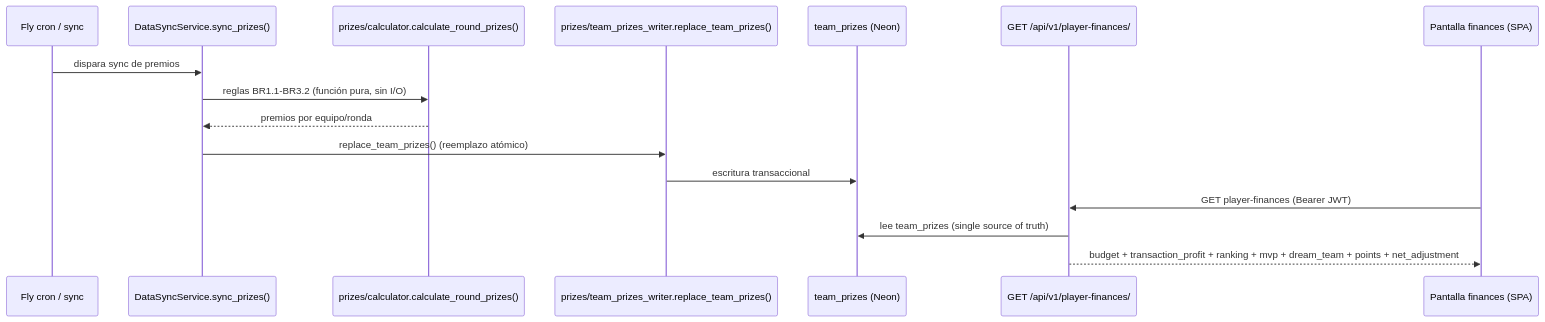
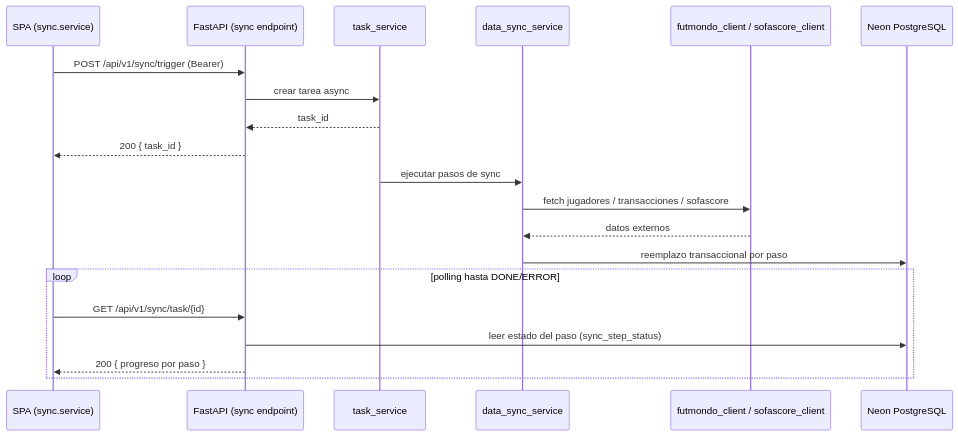
The second of 3 diagrams in aidlc/spaces/default/codekb/futmondo-analytics/architecture.md (Mutinho/futmondo-analytics), drawn with Mermaid before and after one commit. The commit also changed other lines of this file and 28 other files, not shown here.

````diff
--- a/aidlc/spaces/default/codekb/futmondo-analytics/architecture.md
+++ b/aidlc/spaces/default/codekb/futmondo-analytics/architecture.md
@@ -93,18 +78,22 @@
 ```mermaid
 sequenceDiagram
-  participant Cron as Fly cron / sync
-  participant S as DataSyncService.sync_prizes()
-  participant Calc as prizes/calculator.calculate_round_prizes()
-  participant W as prizes/team_prizes_writer.replace_team_prizes()
-  participant DB as team_prizes (Neon)
-  participant PF as GET /api/v1/player-finances/
-  participant UI as Pantalla finances (SPA)
-  Cron->>S: dispara sync de premios
-  S->>Calc: reglas BR1.1-BR3.2 (función pura, sin I/O)
-  Calc-->>S: premios por equipo/ronda
-  S->>W: replace_team_prizes() (reemplazo atómico)
-  W->>DB: escritura transaccional
-  UI->>PF: GET player-finances (Bearer JWT)
-  PF->>DB: lee team_prizes (single source of truth)
-  PF-->>UI: budget + transaction_profit + ranking + mvp + dream_team + points + net_adjustment
+  participant U as SPA (sync.service)
+  participant A as FastAPI (sync endpoint)
+  participant T as task_service
+  participant S as data_sync_service
+  participant X as futmondo_client / sofascore_client
+  participant DB as Neon PostgreSQL
+  U->>A: POST /api/v1/sync/trigger (Bearer)
+  A->>T: crear tarea async
+  T-->>A: task_id
+  A-->>U: 200 { task_id }
+  T->>S: ejecutar pasos de sync
+  S->>X: fetch jugadores / transacciones / sofascore
+  X-->>S: datos externos
+  S->>DB: reemplazo transaccional por paso
+  loop polling hasta DONE/ERROR
+    U->>A: GET /api/v1/sync/task/{id}
+    A->>DB: leer estado del paso (sync_step_status)
+    A-->>U: 200 { progreso por paso }
+  end
 ```
````
